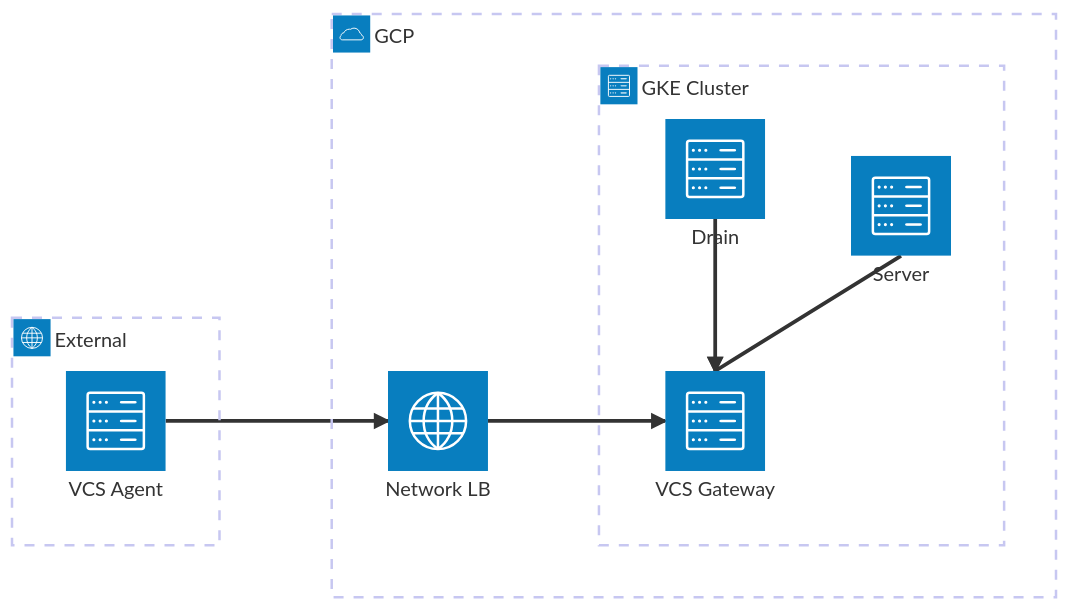
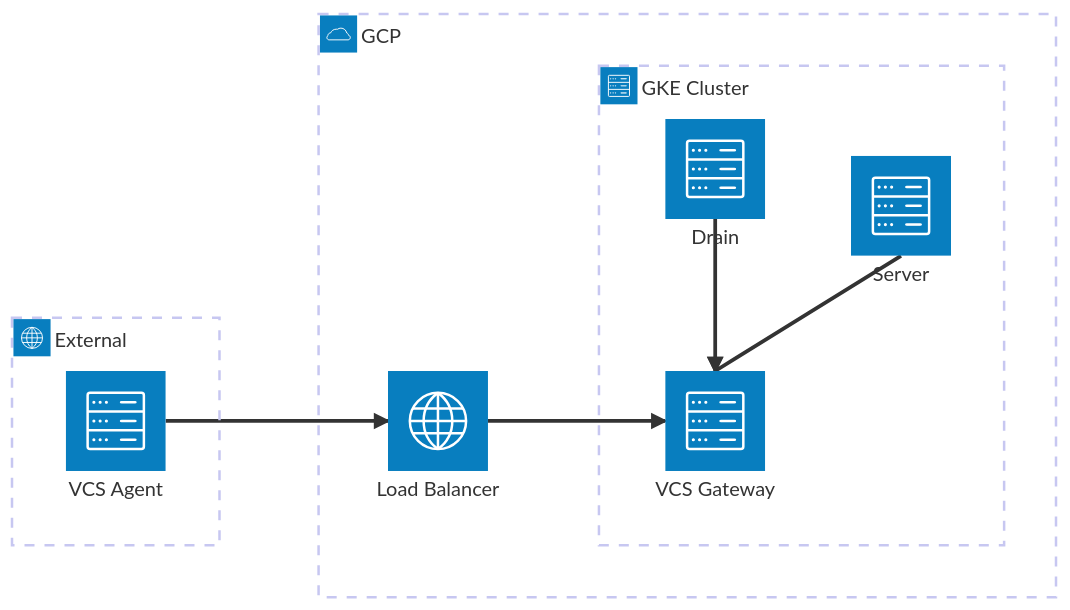
Before and after one commit to spacelift-io/terraform-google-spacelift-selfhosted: the diagram in examples/with-vcs-gateway/README.md, drawn with Mermaid. The commit also changed other lines of this file and 10 other files, not shown here.

First line of the commit message:
feat: use Gateway API for VCS Gateway

````diff
--- a/examples/with-vcs-gateway/README.md
+++ b/examples/with-vcs-gateway/README.md
@@ -14,17 +14,17 @@
 ```mermaid
 architecture-beta
     group internet(internet)[External]
     group gcp(cloud)[GCP]
     group gke(server)[GKE Cluster] in gcp
 
     service vcs_agent(server)[VCS Agent] in internet
-    service nlb(internet)[Network LB] in gcp
+    service lb(internet)[Load Balancer] in gcp
     service vcs_gateway(server)[VCS Gateway] in gke
     service server(server)[Server] in gke
     service drain(server)[Drain] in gke
 
-    vcs_agent:R --> L:nlb
-    nlb:R --> L:vcs_gateway
+    vcs_agent:R --> L:lb
+    lb:R --> L:vcs_gateway
     server:B --> T:vcs_gateway
     drain:B --> T:vcs_gateway
 ```
````
